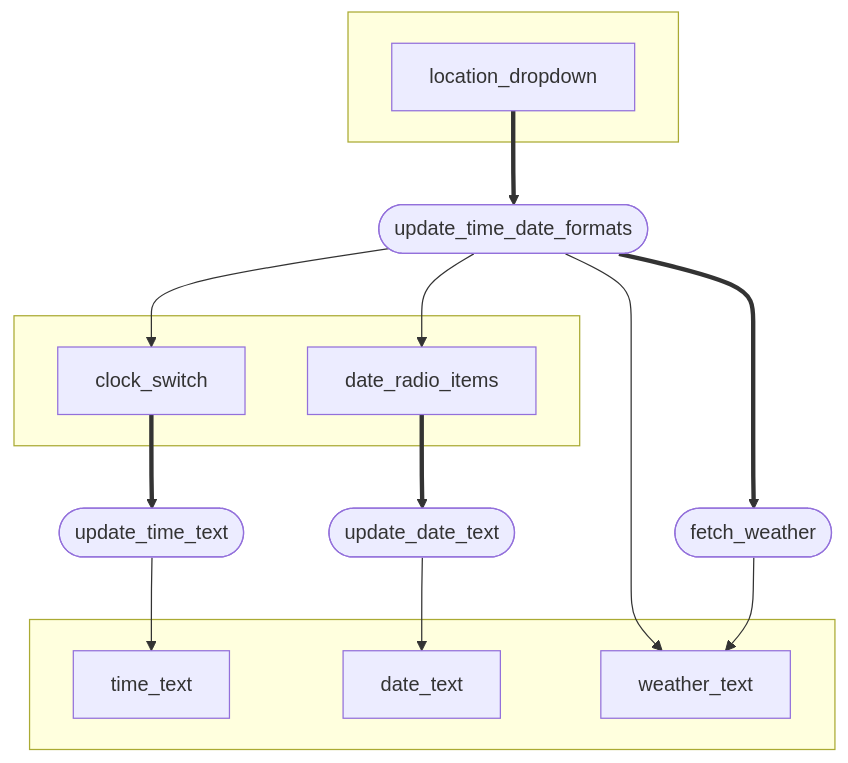
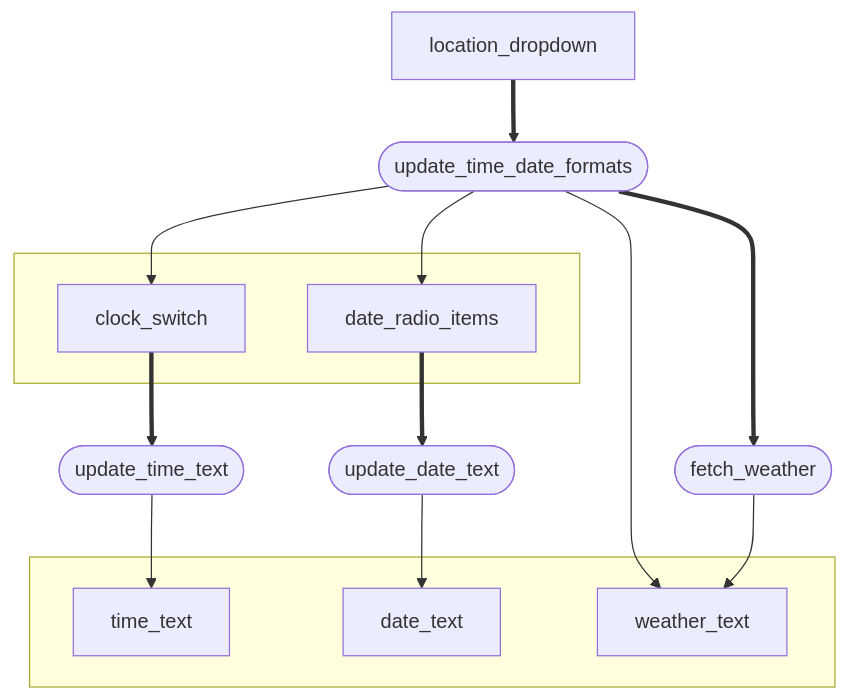
One commit to mckinsey/vizro changed the sixth of 6 diagrams in vizro-core/docs/pages/tutorials/actions.md. Above: the diagram before and after it, drawn with Mermaid. The commit also changed other lines of this file and 2 other files, not shown here.

````diff
--- a/vizro-core/docs/pages/tutorials/actions.md
+++ b/vizro-core/docs/pages/tutorials/actions.md
@@ -730,28 +734,24 @@
 ```mermaid
 graph TD
   subgraph screen_1[" "]
-    location_dropdown
-  end
-
-  subgraph screen_2[" "]
     clock_switch
     date_radio_items
   end
 
-  subgraph screen_3[" "]
+  subgraph screen_2[" "]
     time_text
     date_text
     weather_text
   end
  
   update_time_text --> time_text
   update_date_text --> date_text
-  update_time_date_formats --> clock_switch & date_radio_items & weather_text
+  update_time_date_formats --> weather_text & clock_switch & date_radio_items 
   fetch_weather --> weather_text
 
   location_dropdown ==> update_time_date_formats([update_time_date_formats])
   update_time_date_formats ==> fetch_weather([fetch_weather])
   clock_switch ==> update_time_text([update_time_text])
   date_radio_items ==> update_date_text([update_date_text])
 
 ```
````
